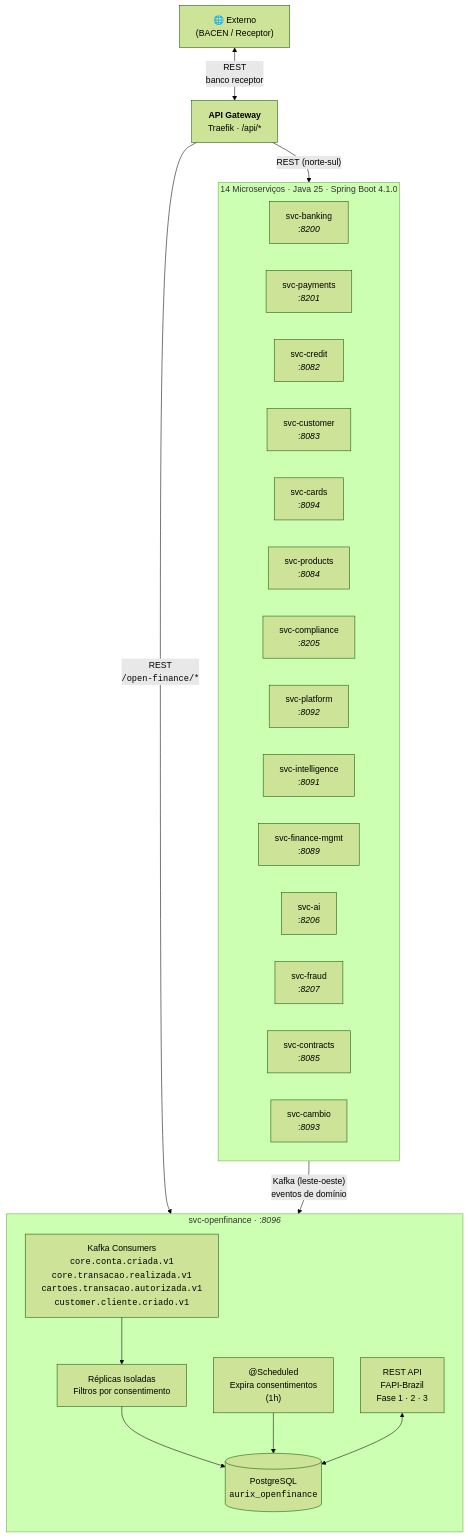
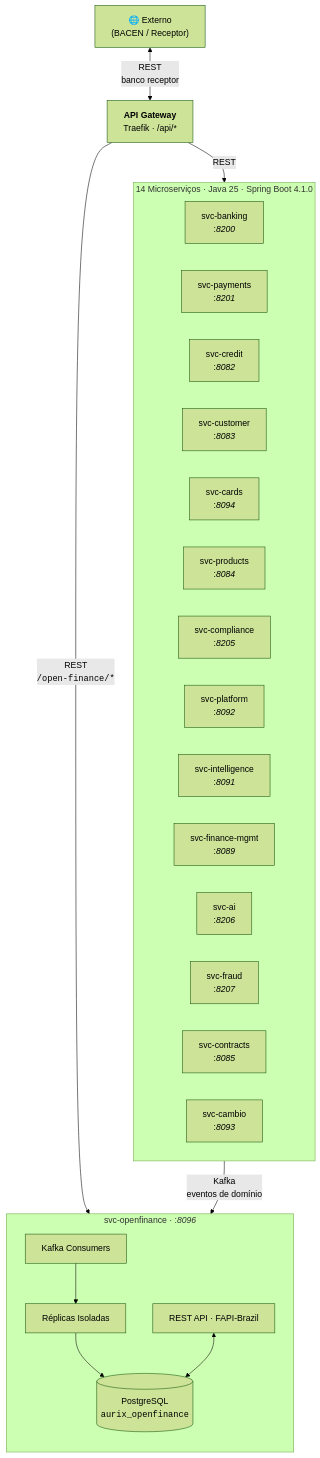
One commit to aurix-core-banking/.github changed the diagram in profile/README.md. Above: the diagram before and after it, drawn with Mermaid (forest theme). The commit also changed other lines of this file, not shown here.

Commit message:
fix: reescrever profile README — foco em produto, remover linguagem de roadmap

````diff
--- a/profile/README.md
+++ b/profile/README.md
@@ -49,41 +16,38 @@
 ```mermaid
 graph TB
     EXT["🌐 Externo<br/>(BACEN / Receptor)"]
     GW["<b>API Gateway</b><br/>Traefik · /api/*"]
 
     subgraph BACKEND ["14 Microserviços · Java 25 · Spring Boot 4.1.0"]
         direction LR
         B1["svc-banking<br/>:<i>8200</i>"]
         B2["svc-payments<br/>:<i>8201</i>"]
         B3["svc-credit<br/>:<i>8082</i>"]
         B4["svc-customer<br/>:<i>8083</i>"]
         B5["svc-cards<br/>:<i>8094</i>"]
         B6["svc-products<br/>:<i>8084</i>"]
         B7["svc-compliance<br/>:<i>8205</i>"]
         B8["svc-platform<br/>:<i>8092</i>"]
         B9["svc-intelligence<br/>:<i>8091</i>"]
         B10["svc-finance-mgmt<br/>:<i>8089</i>"]
         B11["svc-ai<br/>:<i>8206</i>"]
         B12["svc-fraud<br/>:<i>8207</i>"]
         B13["svc-contracts<br/>:<i>8085</i>"]
         B14["svc-cambio<br/>:<i>8093</i>"]
     end
 
     subgraph OPENFINANCE ["svc-openfinance · :<i>8096</i>"]
         direction TB
-        KF["Kafka Consumers<br/><code>core.conta.criada.v1</code><br/><code>core.transacao.realizada.v1</code><br/><code>cartoes.transacao.autorizada.v1</code><br/><code>customer.cliente.criado.v1</code>"]
-        REPLICAS["Réplicas Isoladas<br/>Filtros por consentimento"]
-        CLEANUP["@Scheduled<br/>Expira consentimentos<br/>(1h)"]
-        OFAPI["REST API<br/>FAPI-Brazil<br/>Fase 1 · 2 · 3"]
+        KF["Kafka Consumers"]
+        REPLICAS["Réplicas Isoladas"]
+        OFAPI["REST API · FAPI-Brazil"]
         DB_OF[("PostgreSQL<br/><code>aurix_openfinance</code>")]
     end
 
     EXT <-->|"REST<br/>banco receptor"| GW
-    GW -->|"REST (norte-sul)"| BACKEND
-    BACKEND -->|"Kafka (leste-oeste)<br/>eventos de domínio"| KF
-    KF --> REPLICAS
-    REPLICAS --> DB_OF
-    CLEANUP --> DB_OF
+    GW -->|"REST"| BACKEND
+    BACKEND -->|"Kafka<br/>eventos de domínio"| KF
+    KF --> REPLICAS --> DB_OF
     OFAPI <--> DB_OF
     GW -->|"REST<br/><code>/open-finance/*</code>"| OFAPI
 ```
````
